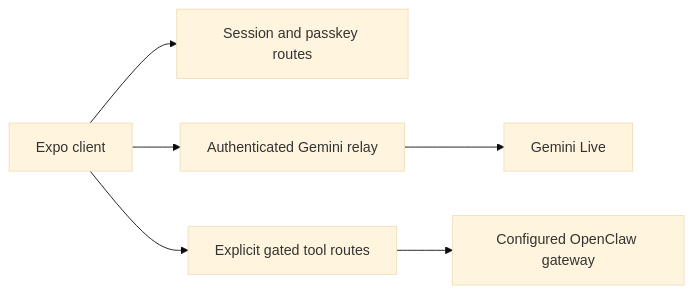
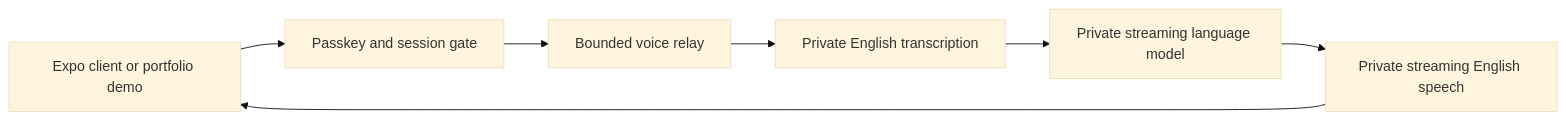
One commit to m8appz-dotcom/m8-live-voice-assistant-public changed the diagram in ARCHITECTURE.md. Above: the diagram before and after it, drawn with Mermaid (base theme). The commit also changed other lines of this file and 24 other files, not shown here.

Commit message:
feat: stream private English voice through Spark and migrate to Expo 58

````diff
--- a/ARCHITECTURE.md
+++ b/ARCHITECTURE.md
@@ -5,8 +5,9 @@
 ```mermaid
 flowchart LR
-  Client[Expo client] --> Session[Session and passkey routes]
-  Client --> Relay[Authenticated Gemini relay]
-  Relay --> Gemini[Gemini Live]
-  Client --> Tools[Explicit gated tool routes]
-  Tools --> Gateway[Configured OpenClaw gateway]
+  Client[Expo client or portfolio demo] --> Session[Passkey and session gate]
+  Session --> Relay[Bounded voice relay]
+  Relay --> ASR[Private English transcription]
+  ASR --> LLM[Private streaming language model]
+  LLM --> TTS[Private streaming English speech]
+  TTS --> Client
 ```
````
